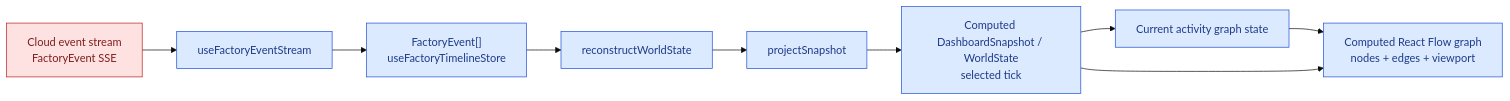
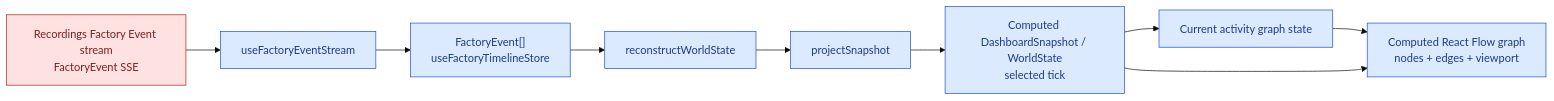
One commit to portpowered/you-agent-factory changed the eighth of 8 diagrams in docs/architecture/architecture.md. Above: the diagram before and after it, drawn with Mermaid (base theme). The commit also changed other lines of this file and 1 other file, not shown here.

````diff
--- a/docs/architecture/architecture.md
+++ b/docs/architecture/architecture.md
@@ -394,18 +383,18 @@
 ```mermaid
 flowchart LR
-  stream["Cloud event stream\nFactoryEvent SSE"]:::cloud
+  stream["Recordings Factory Event stream\nFactoryEvent SSE"]:::cloud
   hook["useFactoryEventStream"]:::client
   events["FactoryEvent[]\nuseFactoryTimelineStore"]:::client
   replay["reconstructWorldState"]:::client
   projected["projectSnapshot"]:::client
   snapshot["Computed DashboardSnapshot / WorldState\nselected tick"]:::client
   graphState["Current activity graph state"]:::client
   flowProjection["Computed React Flow graph\nnodes + edges + viewport"]:::client
 
   stream --> hook --> events --> replay --> projected --> snapshot
   snapshot --> graphState --> flowProjection
   snapshot --> flowProjection
 
   classDef cloud fill:#fee2e2,stroke:#b91c1c,color:#7f1d1d
   classDef client fill:#dbeafe,stroke:#1d4ed8,color:#1e3a8a
 ```
````
